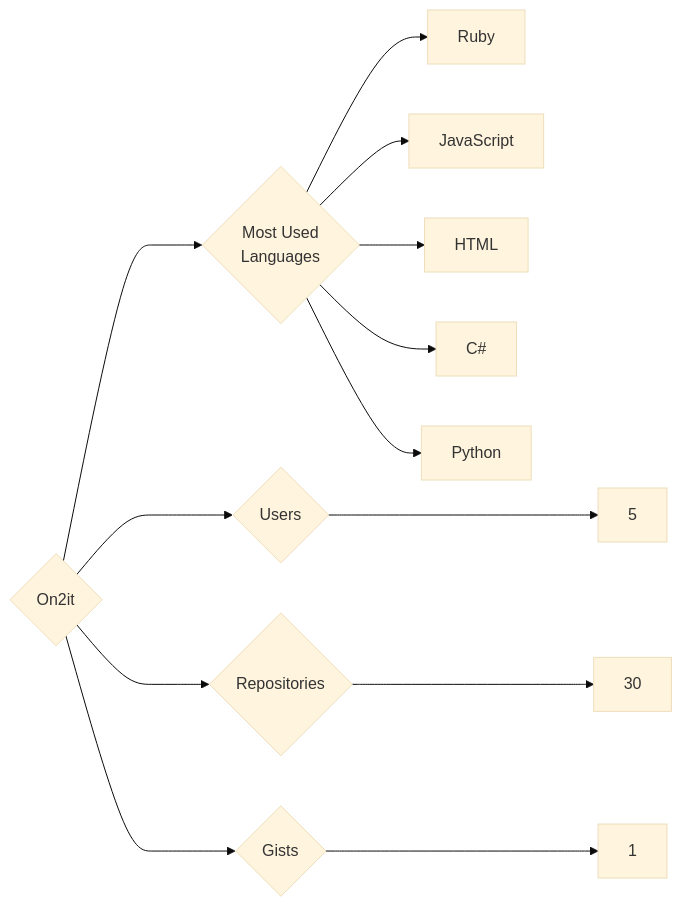
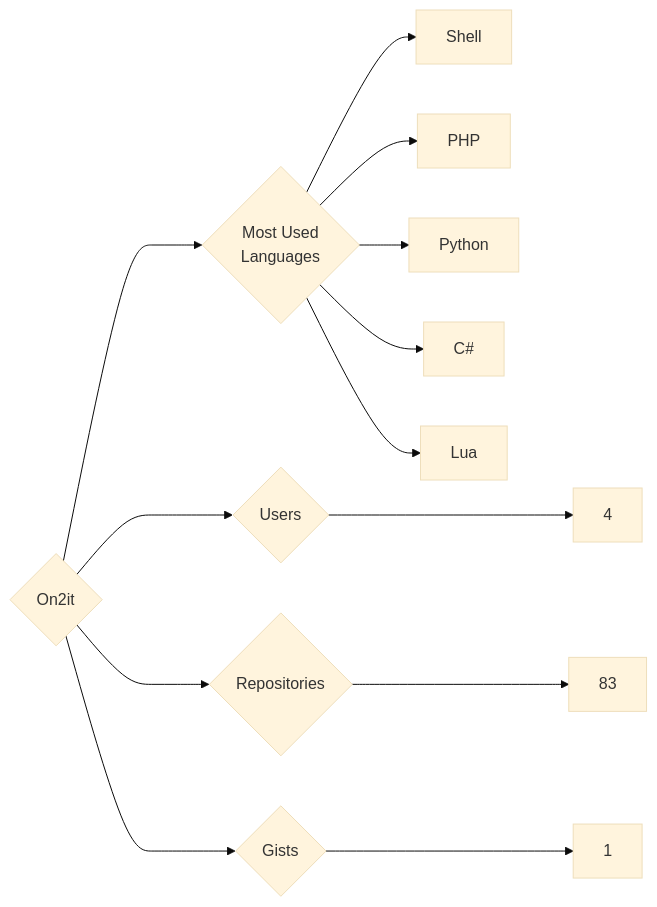
One commit to trickest/insiders changed the diagram in targets/On2it/README.md. Above: the diagram before and after it, drawn with Mermaid (base theme). The commit also changed 898 other files, not shown here.

````diff
--- a/targets/On2it/README.md
+++ b/targets/On2it/README.md
@@ -3,13 +3,13 @@
 ```mermaid
 graph LR
 COMPANY_NAME{On2it}
-COMPANY_NAME ---> U{Users} ---> UN[5]
-COMPANY_NAME ---> R{Repositories} ---> RN[30]
+COMPANY_NAME ---> U{Users} ---> UN[4]
+COMPANY_NAME ---> R{Repositories} ---> RN[83]
 COMPANY_NAME ---> G{Gists} ---> GN[1]
 COMPANY_NAME ---> ML{Most Used<br>Languages}
-ML --> Ruby[Ruby]
-ML --> JavaScript[JavaScript]
-ML --> HTML[HTML]
+ML --> Shell[Shell]
+ML --> PHP[PHP]
+ML --> Python[Python]
 ML --> C#[C#]
-ML --> Python[Python]
+ML --> Lua[Lua]
 ```
````
